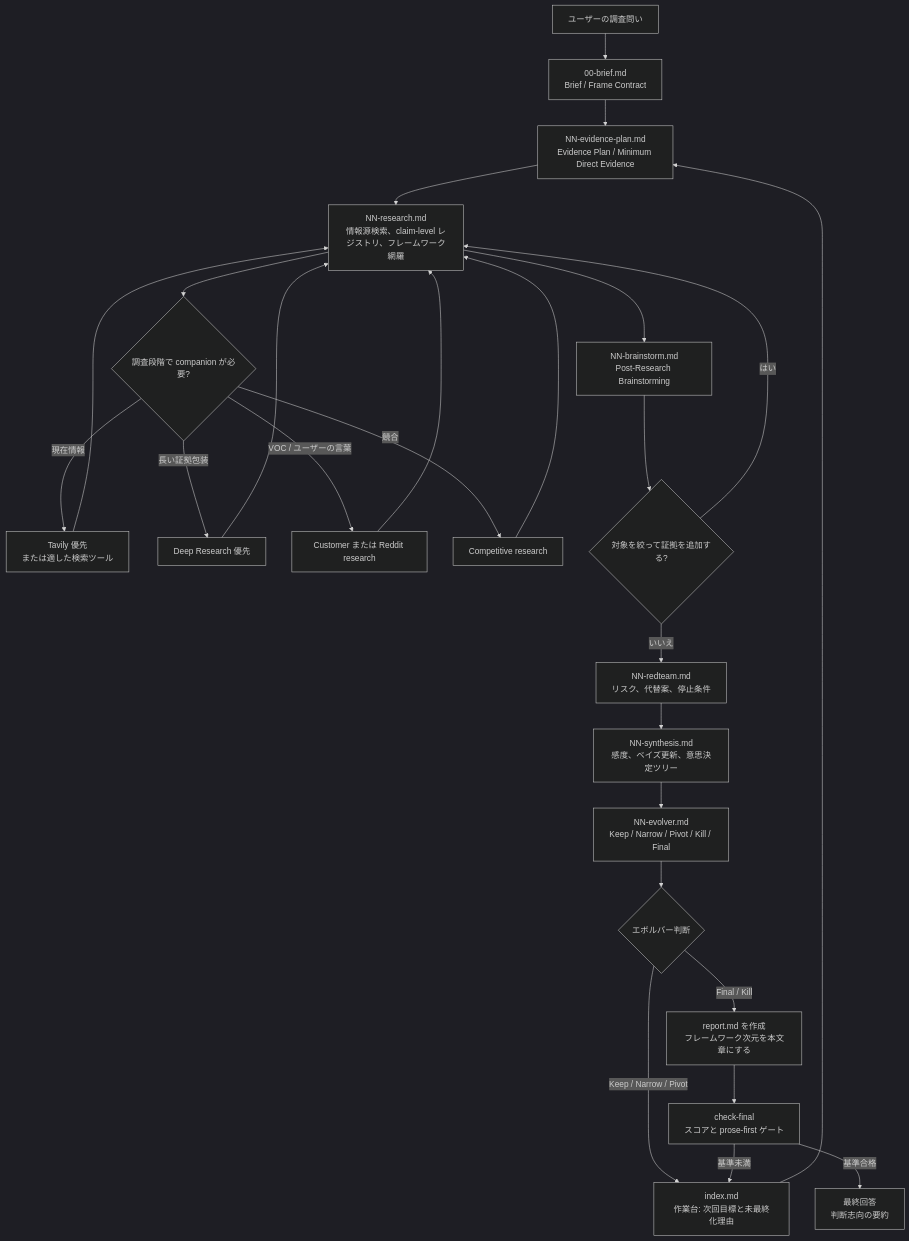
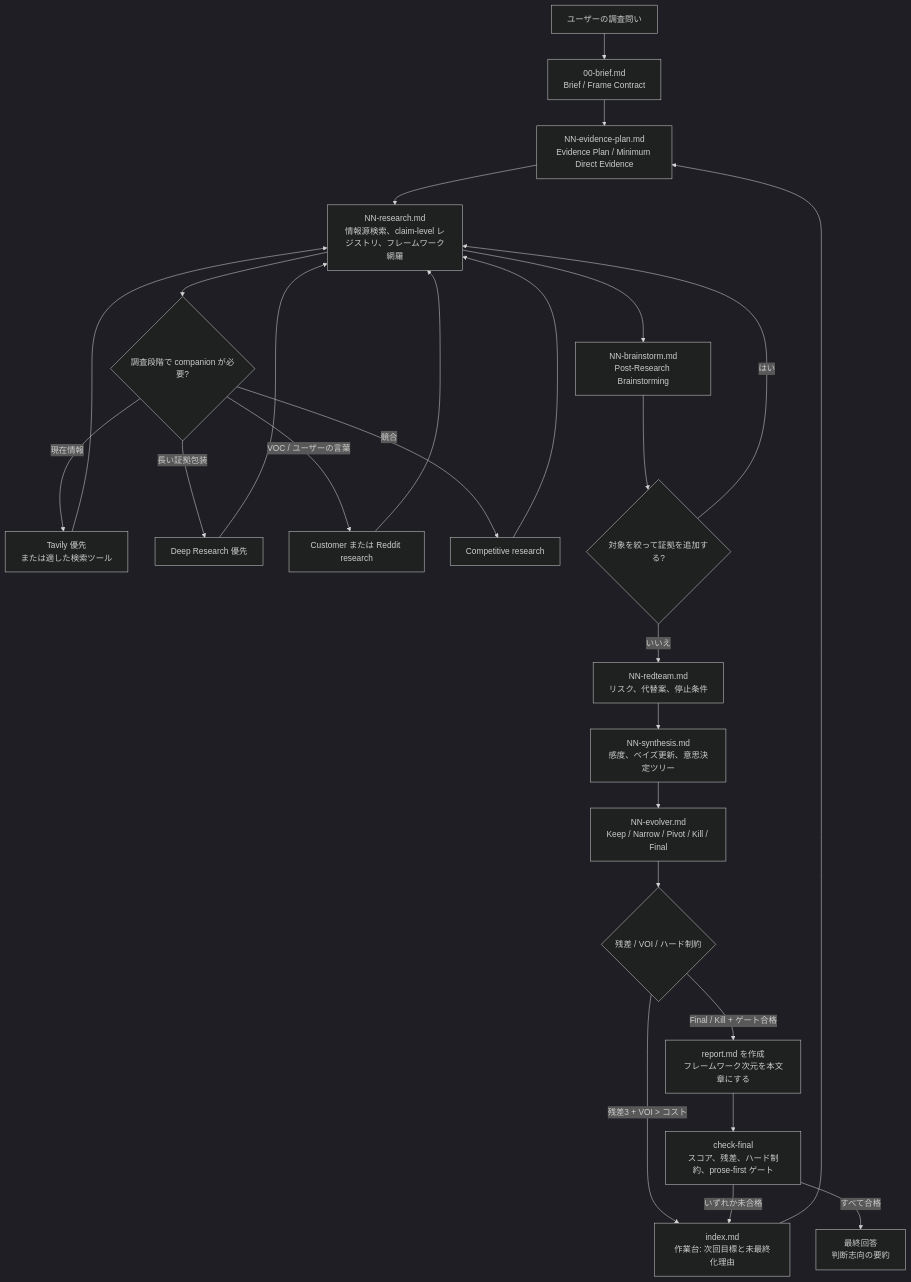
Before and after one commit to GoatGit/super-survey: the diagram in README.ja.md, drawn with Mermaid (dark theme). The commit also changed other lines of this file and 12 other files, not shown here.

````diff
--- a/README.ja.md
+++ b/README.ja.md
@@ -243,28 +246,28 @@
 ```mermaid
 flowchart TD
     A[ユーザーの調査問い] --> B[00-brief.md<br/>Brief / Frame Contract]
     B --> P[NN-evidence-plan.md<br/>Evidence Plan / Minimum Direct Evidence]
     P --> C[NN-research.md<br/>情報源検索、claim-level レジストリ、フレームワーク網羅]
     C --> D{調査段階で companion が必要?}
     D -->|現在情報| D1[Tavily 優先<br/>または適した検索ツール]
     D -->|長い証拠包装| D2[Deep Research 優先]
     D -->|VOC / ユーザーの言葉| D3[Customer または Reddit research]
     D -->|競合| D4[Competitive research]
     D1 --> C
     D2 --> C
     D3 --> C
     D4 --> C
     C --> E[NN-brainstorm.md<br/>Post-Research Brainstorming]
     E --> X{対象を絞って証拠を追加する?}
     X -->|はい| C
     X -->|いいえ| F[NN-redteam.md<br/>リスク、代替案、停止条件]
     F --> G[NN-synthesis.md<br/>感度、ベイズ更新、意思決定ツリー]
     G --> H[NN-evolver.md<br/>Keep / Narrow / Pivot / Kill / Final]
-    H --> Q{エボルバー判断}
-    Q -->|Keep / Narrow / Pivot| I[index.md<br/>作業台: 次回目標と未最終化理由]
+    H --> V{残差 / VOI / ハード制約}
+    V -->|残差3 + VOI > コスト| I[index.md<br/>作業台: 次回目標と未最終化理由]
     I --> P
-    Q -->|Final / Kill| J[report.md を作成<br/>フレームワーク次元を本文章にする]
-    J --> R[check-final<br/>スコアと prose-first ゲート]
-    R -->|基準未満| I
-    R -->|基準合格| K[最終回答<br/>判断志向の要約]
+    V -->|Final / Kill + ゲート合格| J[report.md を作成<br/>フレームワーク次元を本文章にする]
+    J --> R[check-final<br/>スコア、残差、ハード制約、prose-first ゲート]
+    R -->|いずれか未合格| I
+    R -->|すべて合格| K[最終回答<br/>判断志向の要約]
 ```
````
